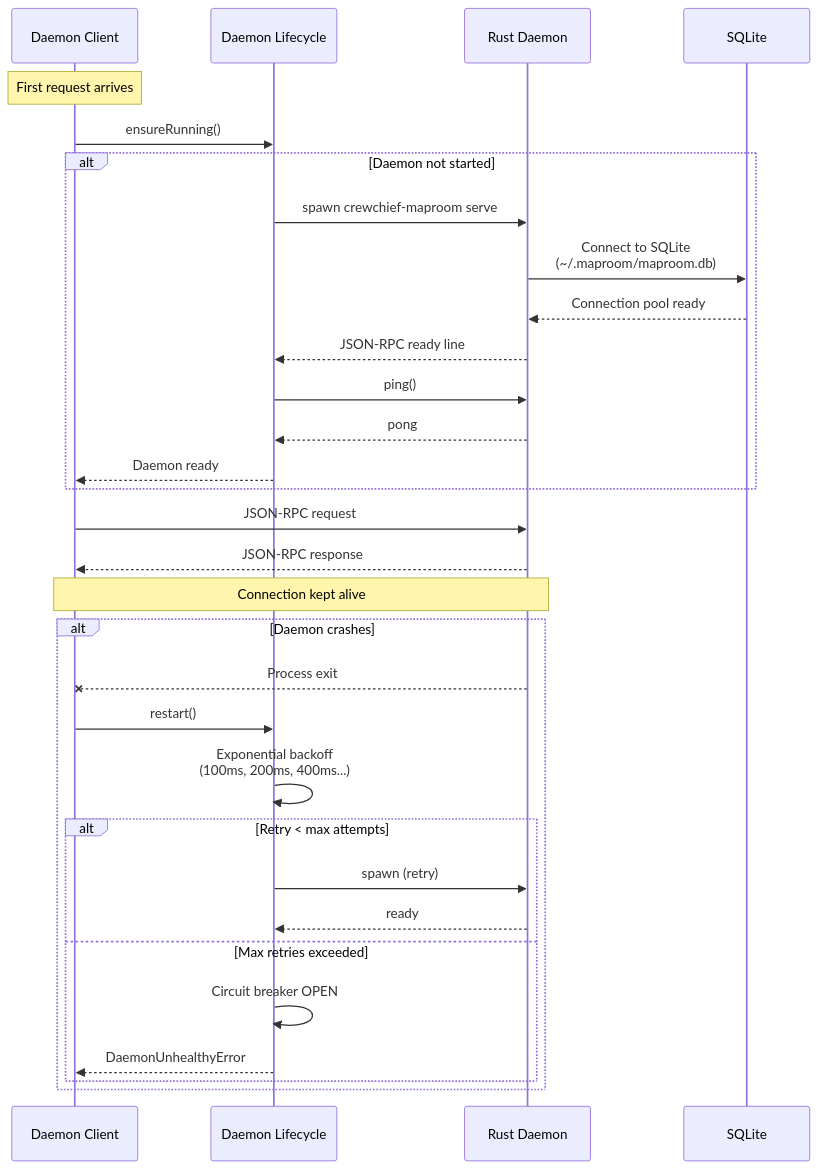
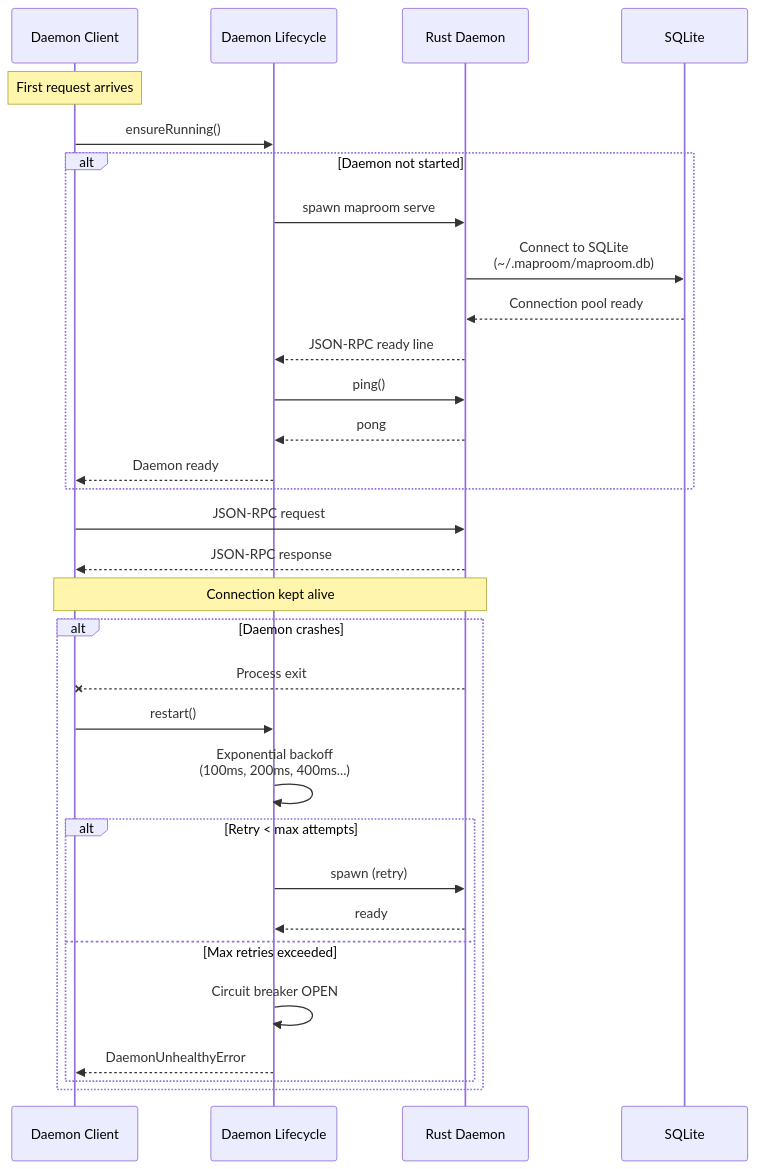
Before and after one commit to manifoldlogic/crewchief: the third of 5 diagrams in docs/architecture/sequences.md, drawn with Mermaid. The commit also changed other lines of this file and 64 other files, not shown here.

First line of the commit message:
fix: replace all stale crewchief-maproom references with maproom

````diff
--- a/docs/architecture/sequences.md
+++ b/docs/architecture/sequences.md
@@ -90,39 +90,39 @@
 ```mermaid
 sequenceDiagram
     participant DC as Daemon Client
     participant DL as Daemon Lifecycle
     participant DM as Rust Daemon
     participant DB as SQLite
 
     Note over DC: First request arrives
     DC->>DL: ensureRunning()
 
     alt Daemon not started
-        DL->>DM: spawn crewchief-maproom serve
+        DL->>DM: spawn maproom serve
         DM->>DB: Connect to SQLite<br/>(~/.maproom/maproom.db)
         DB-->>DM: Connection pool ready
         DM-->>DL: JSON-RPC ready line
         DL->>DM: ping()
         DM-->>DL: pong
         DL-->>DC: Daemon ready
     end
 
     DC->>DM: JSON-RPC request
     DM-->>DC: JSON-RPC response
 
     Note over DC,DM: Connection kept alive
 
     alt Daemon crashes
         DM--xDC: Process exit
         DC->>DL: restart()
         DL->>DL: Exponential backoff<br/>(100ms, 200ms, 400ms...)
 
         alt Retry < max attempts
             DL->>DM: spawn (retry)
             DM-->>DL: ready
         else Max retries exceeded
             DL->>DL: Circuit breaker OPEN
             DL-->>DC: DaemonUnhealthyError
         end
     end
 ```
````
